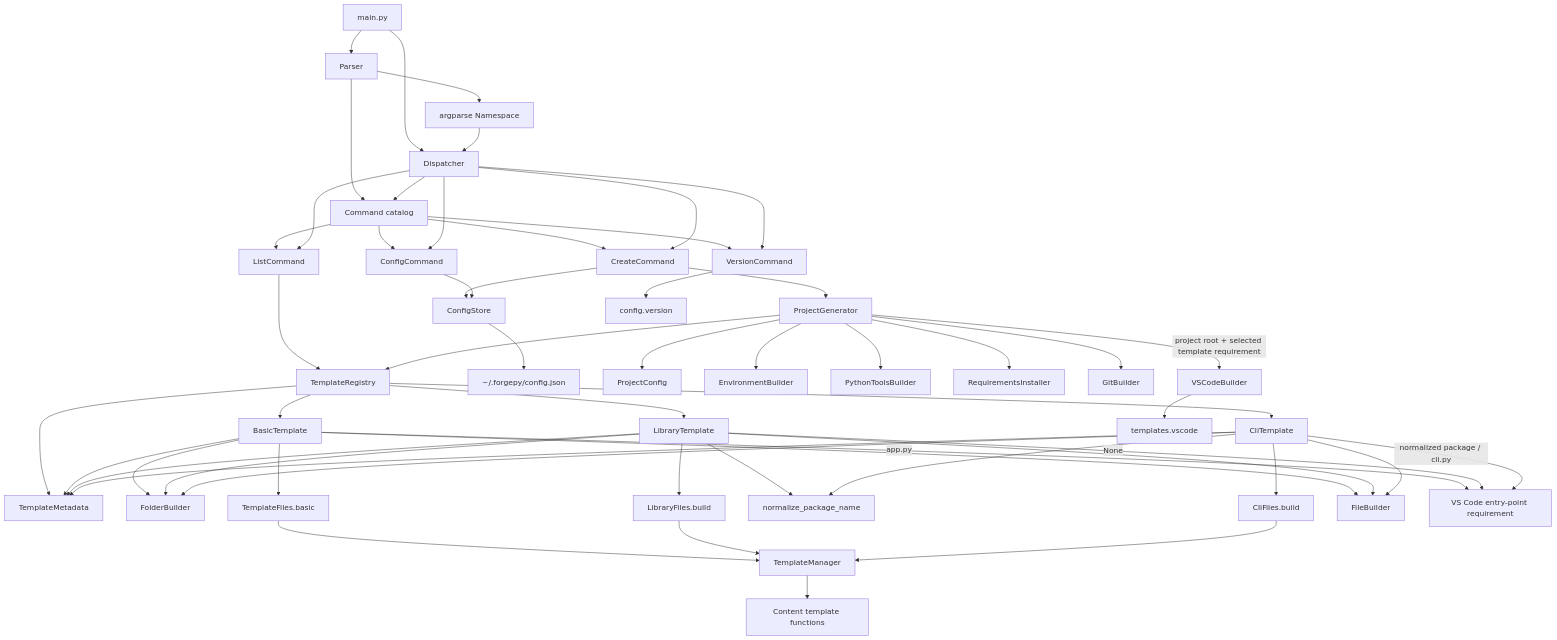
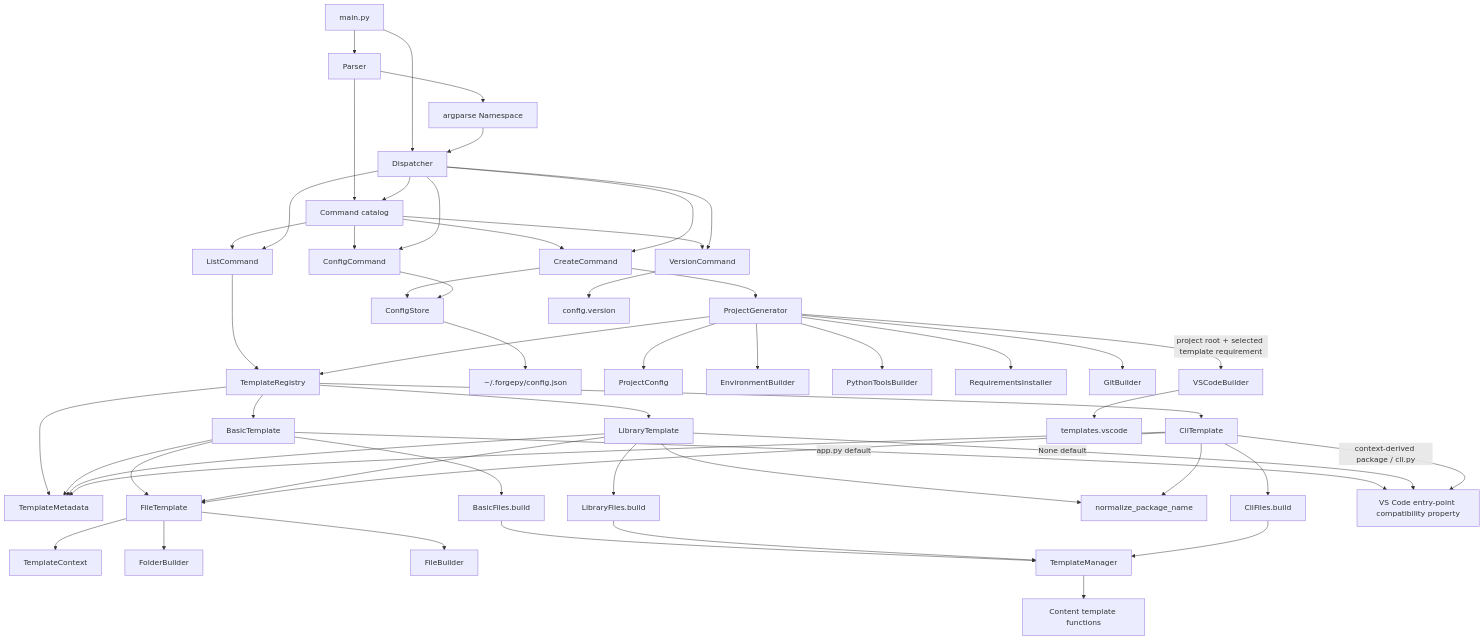
Before and after one commit to rendyzou89/ForgePy: the second of 4 diagrams in ARCHITECTURE.md, drawn with Mermaid. The commit also changed other lines of this file and 12 other files, not shown here.

Commit message:
refactor(template): simplify template file architecture

````diff
--- a/ARCHITECTURE.md
+++ b/ARCHITECTURE.md
@@ -114,61 +118,61 @@
 ```mermaid
 flowchart TD
     Main[main.py] --> Parser[Parser]
     Main --> Dispatcher[Dispatcher]
     Parser --> Namespace[argparse Namespace]
     Namespace --> Dispatcher
 
     Parser --> Catalog[Command catalog]
     Dispatcher --> Catalog
     Catalog --> Create[CreateCommand]
     Catalog --> List[ListCommand]
     Catalog --> Version[VersionCommand]
     Catalog --> Config[ConfigCommand]
 
     Dispatcher --> Create
     Dispatcher --> List
     Dispatcher --> Version
     Dispatcher --> Config
 
     Create --> UserConfig
     Create --> Generator[ProjectGenerator]
     List --> Registry[TemplateRegistry]
     Registry --> TemplateMetadata[TemplateMetadata]
     Version --> VersionConfig[config.version]
     Config --> UserConfig[ConfigStore]
     UserConfig --> ConfigFile[~/.forgepy/config.json]
 
     Generator --> ProjectConfig[ProjectConfig]
     Generator --> Registry
     Registry --> Basic[BasicTemplate]
     Registry --> Library[LibraryTemplate]
     Registry --> Cli[CliTemplate]
     Basic --> TemplateMetadata
     Library --> TemplateMetadata
     Cli --> TemplateMetadata
-    Basic --> FolderBuilder[FolderBuilder]
-    Basic --> TemplateFiles[TemplateFiles.basic]
-    TemplateFiles --> TemplateManager[TemplateManager]
-    Library --> FolderBuilder
+    Basic --> FileTemplate[FileTemplate]
+    Library --> FileTemplate
+    Cli --> FileTemplate
+    FileTemplate --> Context[TemplateContext]
+    FileTemplate --> FolderBuilder[FolderBuilder]
+    FileTemplate --> FileBuilder[FileBuilder]
+    Basic --> BasicFiles[BasicFiles.build]
     Library --> LibraryFiles[LibraryFiles.build]
+    Library --> PackageName[normalize_package_name]
+    Cli --> CliFiles[CliFiles.build]
+    Cli --> PackageName
+    BasicFiles --> TemplateManager[TemplateManager]
     LibraryFiles --> TemplateManager
-    Library --> PackageName[normalize_package_name]
-    Cli --> FolderBuilder
-    Cli --> CliFiles[CliFiles.build]
     CliFiles --> TemplateManager
-    Cli --> PackageName
     TemplateManager --> Content[Content template functions]
-    Basic --> FileBuilder[FileBuilder]
-    Library --> FileBuilder
-    Cli --> FileBuilder
-    Basic -->|app.py| VSCodeRequirement[VS Code entry-point requirement]
-    Library -->|None| VSCodeRequirement
-    Cli -->|normalized package / cli.py| VSCodeRequirement
+    Basic -->|app.py default| VSCodeRequirement[VS Code entry-point compatibility property]
+    Library -->|None default| VSCodeRequirement
+    Cli -->|context-derived package / cli.py| VSCodeRequirement
 
     Generator --> Environment[EnvironmentBuilder]
     Generator --> PythonTools[PythonToolsBuilder]
     Generator --> Requirements[RequirementsInstaller]
     Generator --> Git[GitBuilder]
     Generator -->|project root + selected template requirement| VSCode[VSCodeBuilder]
     VSCode --> VSCodeTemplates[templates.vscode]
 ```
````
